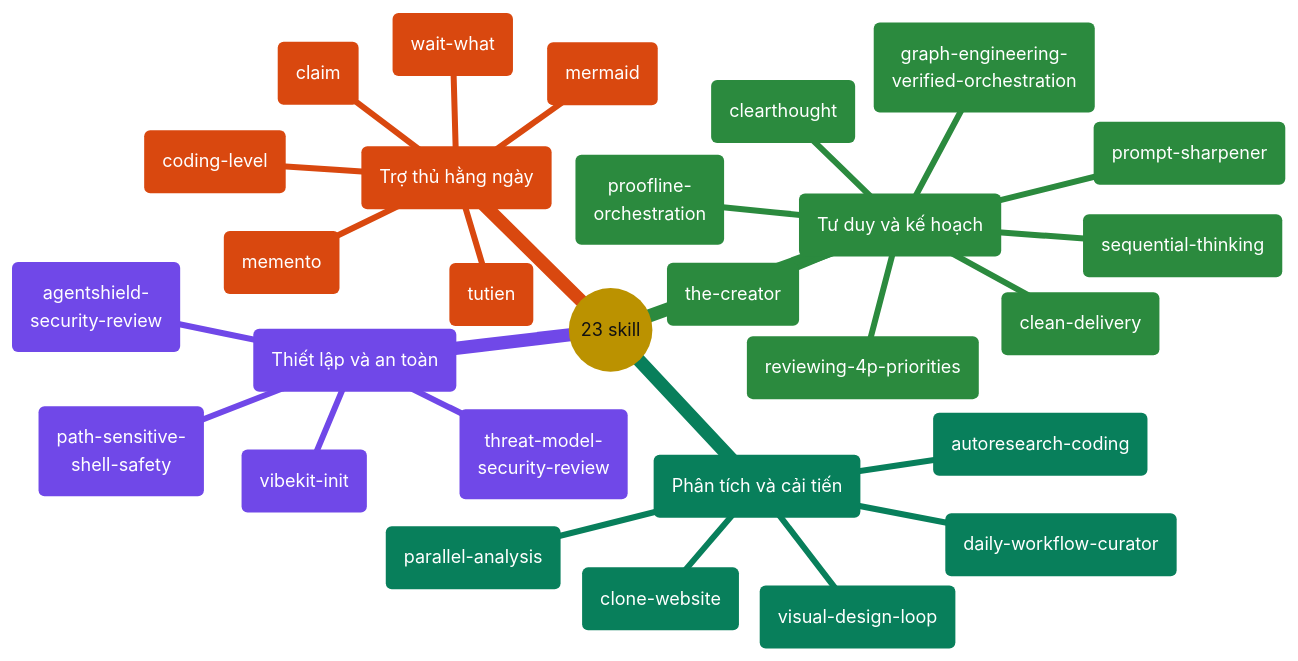
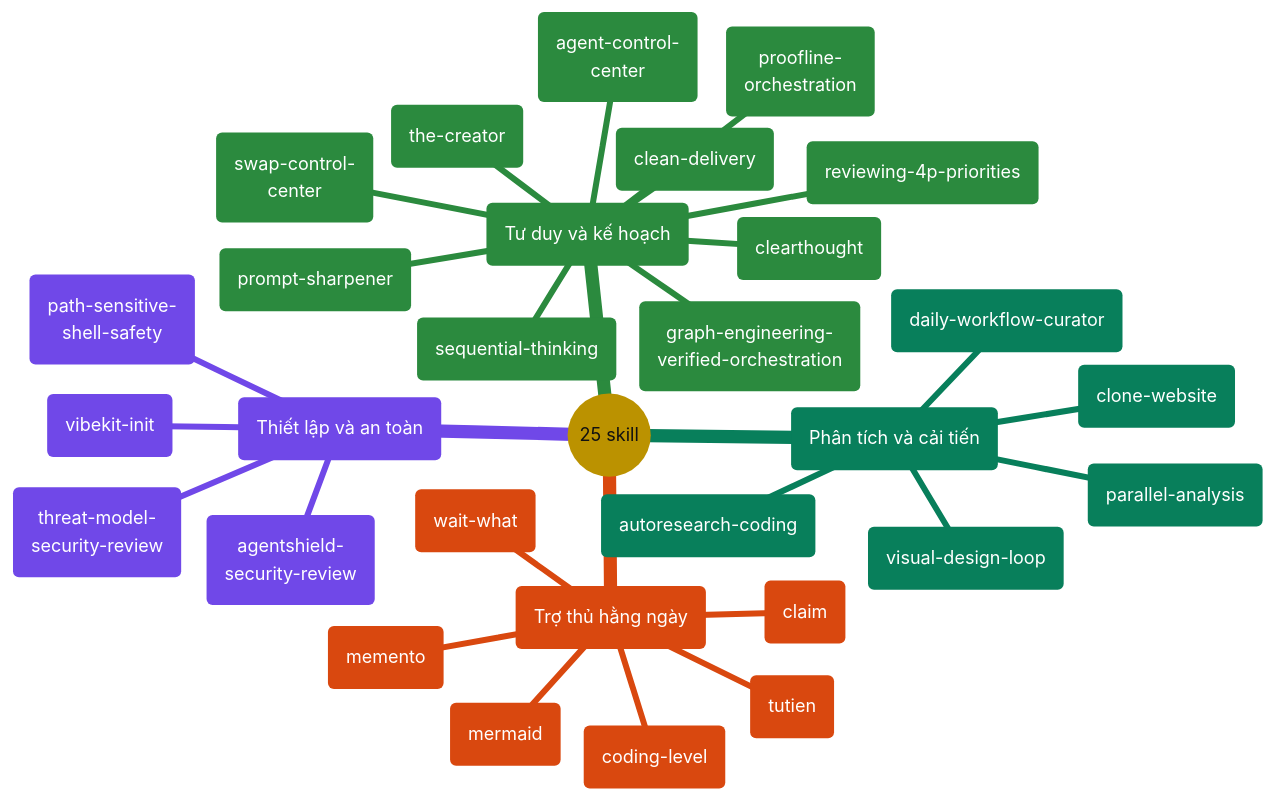
One commit to giang6283623/minimal-vibe-coding-kit changed the fifth of 10 diagrams in docs/README.vi.md. Above: the diagram before and after it, drawn with Mermaid. The commit also changed other lines of this file and 140 other files, not shown here.

````diff
--- a/docs/README.vi.md
+++ b/docs/README.vi.md
@@ -360,64 +360,66 @@
 ```mermaid
 ---
 config:
   theme: base
   themeCSS: >-
     .mindmap-node:not(.section-root):not(.section--1) text,
     .mindmap-node:not(.section-root):not(.section--1) tspan
     { fill: #FFFFFF !important; }
     .mindmap-node:not(.section-root):not(.section--1) div,
     .mindmap-node:not(.section-root):not(.section--1) span,
     .mindmap-node:not(.section-root):not(.section--1) p
     { color: #FFFFFF !important; }
   themeVariables:
     darkMode: false
     fontFamily: cascadia mono, consolas, noto sans mono, menlo, monospace
     fontSize: 15px
     lineColor: "#888888"
     textColor: "#111111"
     primaryColor: "#FFD43B"
     primaryTextColor: "#111111"
     primaryBorderColor: "#444444"
     cScale0: "#1971C2"
     cScale1: "#7048E8"
     cScale2: "#2B8A3E"
     cScale3: "#087F5B"
     cScale4: "#D9480F"
     cScale5: "#C2255C"
     cScaleLabel0: "#FFFFFF"
     cScaleLabel1: "#FFFFFF"
     cScaleLabel2: "#FFFFFF"
     cScaleLabel3: "#FFFFFF"
     cScaleLabel4: "#FFFFFF"
     cScaleLabel5: "#FFFFFF"
 ---
 mindmap
-  root(("23 skill"))
+  root(("25 skill"))
     setup("Thiết lập và an toàn")
       s1("vibekit-init")
       s2("agentshield-<br/>security-review")
       s3("path-sensitive-<br/>shell-safety")
       s4("threat-model-<br/>security-review")
     think("Tư duy và kế hoạch")
       t1("clearthought")
       t2("sequential-thinking")
       t3("prompt-sharpener")
       t4("reviewing-4p-priorities")
       t5("graph-engineering-<br/>verified-orchestration")
       t6("the-creator")
       t7("proofline-<br/>orchestration")
       t8("clean-delivery")
+      t9("agent-control-<br/>center")
+      t10("swap-control-<br/>center")
     analyze("Phân tích và cải tiến")
       a1("parallel-analysis")
       a2("autoresearch-coding")
       a3("daily-workflow-curator")
       a4("visual-design-loop")
       a5("clone-website")
     helpers("Trợ thủ hằng ngày")
       h1("memento")
       h2("coding-level")
       h3("mermaid")
       h4("claim")
       h5("tutien")
       h6("wait-what")
 ```
````
